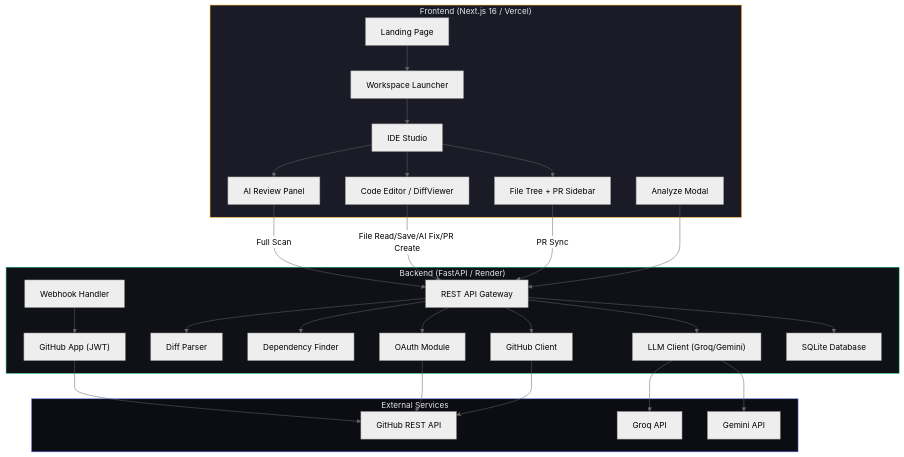
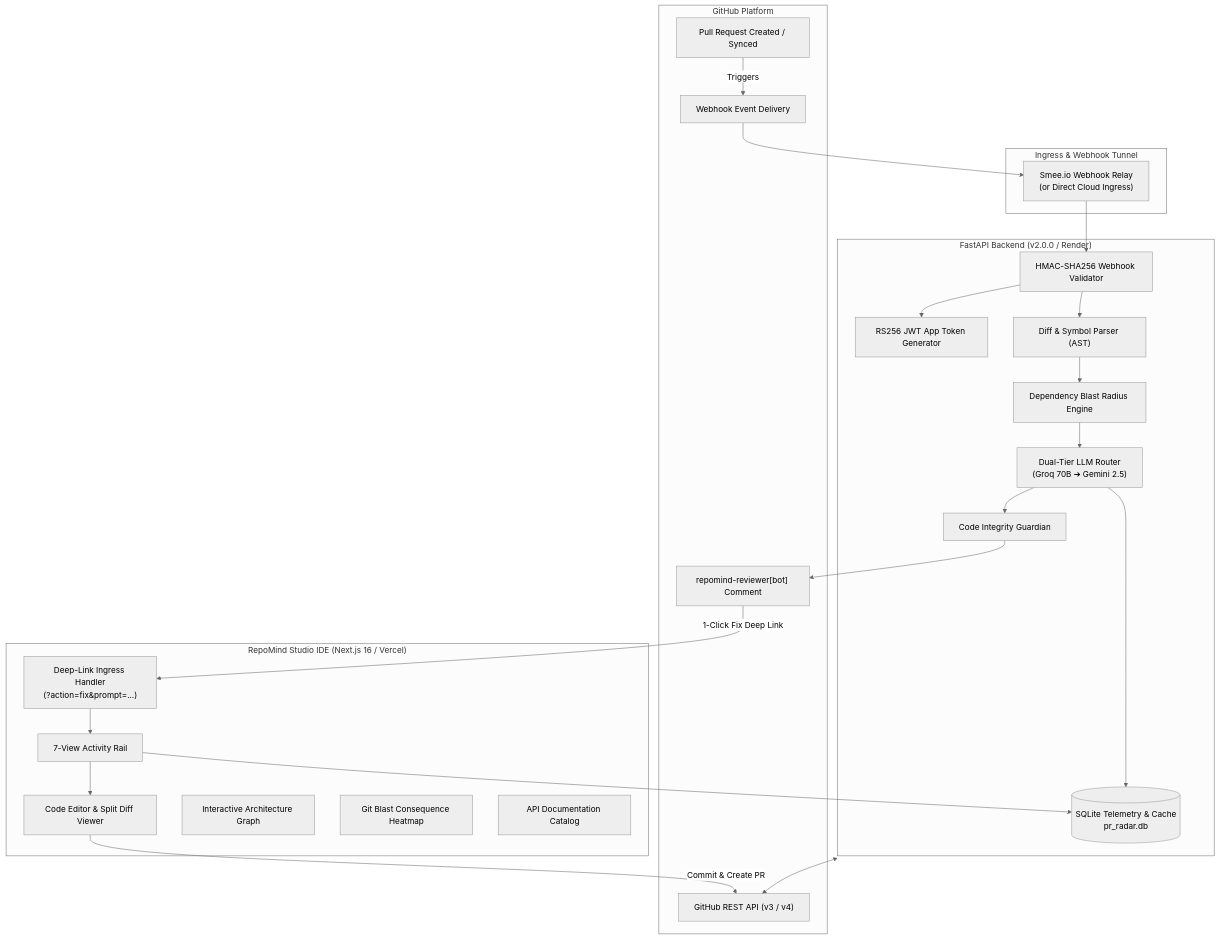
One commit to PG300604/REPOMIND-IBM_BOB2.0_HACKATHON_PROJ changed the first of 2 diagrams in README.md. Above: the diagram before and after it, drawn with Mermaid (neutral theme). The commit also changed other lines of this file and 4 other files, not shown here.

````diff
--- a/README.md
+++ b/README.md
@@ -77,50 +81,44 @@
 ```mermaid
 flowchart TB
-    subgraph Client["Frontend (Next.js 16 / Vercel)"]
-        LP["Landing Page"]
-        WL["Workspace Launcher"]
-        IDE["IDE Studio"]
-        FT["File Tree + PR Sidebar"]
-        DV["Code Editor / DiffViewer"]
-        RP["AI Review Panel"]
-        AM["Analyze Modal"]
+    subgraph GitHub["GitHub Platform"]
+        PR["Pull Request Created / Synced"]
+        WH_S["Webhook Event Delivery"]
+        BOT["repomind-reviewer[bot] Comment"]
+        REST["GitHub REST API (v3 / v4)"]
     end
 
-    subgraph Server["Backend (FastAPI / Render)"]
-        API["REST API Gateway"]
-        GC["GitHub Client"]
-        DP["Diff Parser"]
-        DF["Dependency Finder"]
-        LLM["LLM Client (Groq/Gemini)"]
-        OA["OAuth Module"]
-        WH["Webhook Handler"]
-        GA["GitHub App (JWT)"]
-        DB["SQLite Database"]
+    subgraph Ingress["Ingress & Webhook Tunnel"]
+        SMEE["Smee.io Webhook Relay\n(or Direct Cloud Ingress)"]
     end
 
-    subgraph External["External Services"]
-        GH["GitHub REST API"]
-        GROQ["Groq API"]
-        GEM["Gemini API"]
+    subgraph Backend["FastAPI Backend (v2.0.0 / Render)"]
+        AUTH["HMAC-SHA256 Webhook Validator"]
+        JWT["RS256 JWT App Token Generator"]
+        DP["Diff & Symbol Parser (AST)"]
+        DF["Dependency Blast Radius Engine"]
+        GUARD["Code Integrity Guardian"]
+        LLM["Dual-Tier LLM Router\n(Groq 70B ➔ Gemini 2.5)"]
+        DB[(SQLite Telemetry & Cache\npr_radar.db)]
     end
 
-    LP --> WL --> IDE
-    IDE --> FT & DV & RP
-    AM --> API
+    subgraph Frontend["RepoMind Studio IDE (Next.js 16 / Vercel)"]
+        DEEP["Deep-Link Ingress Handler\n(?action=fix&prompt=...)"]
+        IDE["7-View Activity Rail"]
+        DIFF["Code Editor & Split Diff Viewer"]
+        GRAPH["Interactive Architecture Graph"]
+        BLAST["Git Blast Consequence Heatmap"]
+        CATALOG["API Documentation Catalog"]
+    end
 
-    FT -->|"PR Sync"| API
-    DV -->|"File Read/Save/AI Fix/PR Create"| API
-    RP -->|"Full Scan"| API
-
-    API --> GC --> GH
-    API --> DP
-    API --> DF
-    API --> LLM --> GROQ & GEM
-    API --> OA --> GH
-    API --> DB
-    WH --> GA --> GH
-
-    style Client fill:#1a1b26,stroke:#f59e0b,color:#e4e4e7
-    style Server fill:#0f1117,stroke:#10b981,color:#e4e4e7
-    style External fill:#0c0d12,stroke:#6366f1,color:#e4e4e7
+    PR -->|Triggers| WH_S
+    WH_S --> SMEE --> AUTH
+    AUTH --> JWT
+    AUTH --> DP --> DF --> LLM --> GUARD
+    GUARD --> BOT
+    BOT -->|1-Click Fix Deep Link| DEEP
+    DEEP --> IDE --> DIFF
+    DIFF -->|Commit & Create PR| REST
+    LLM --> DB
+    IDE --> DB
+    REST <--> Backend
 ```
````
